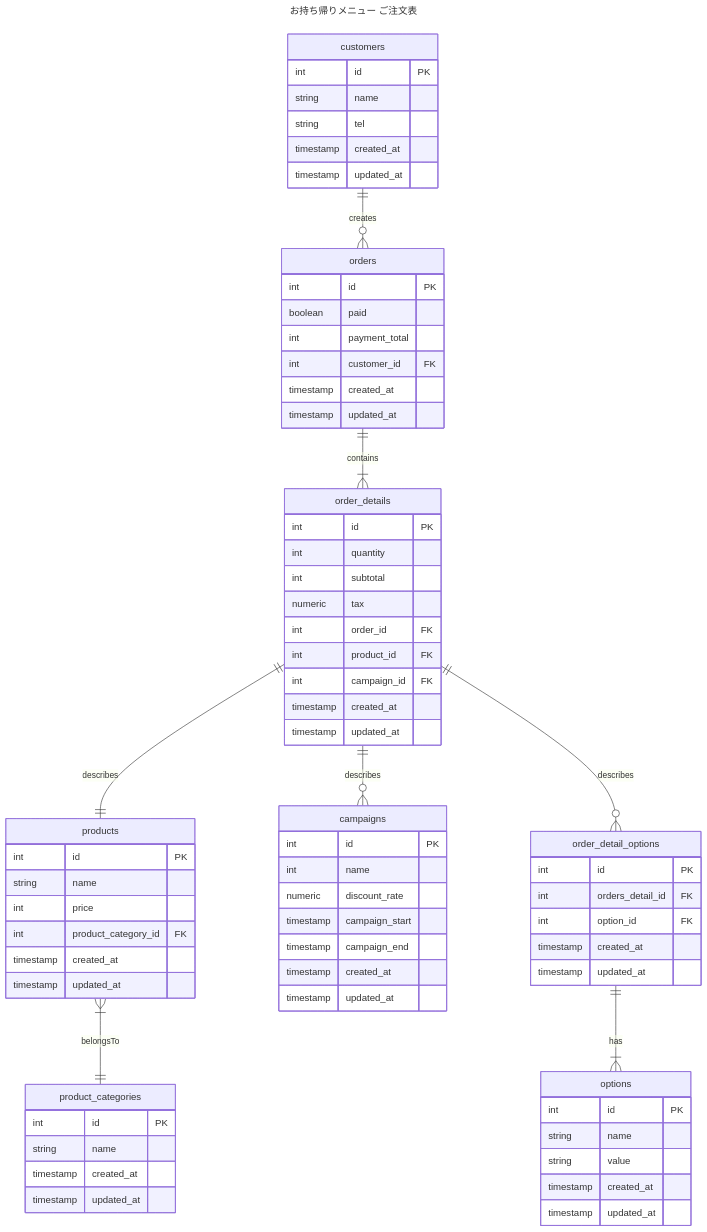
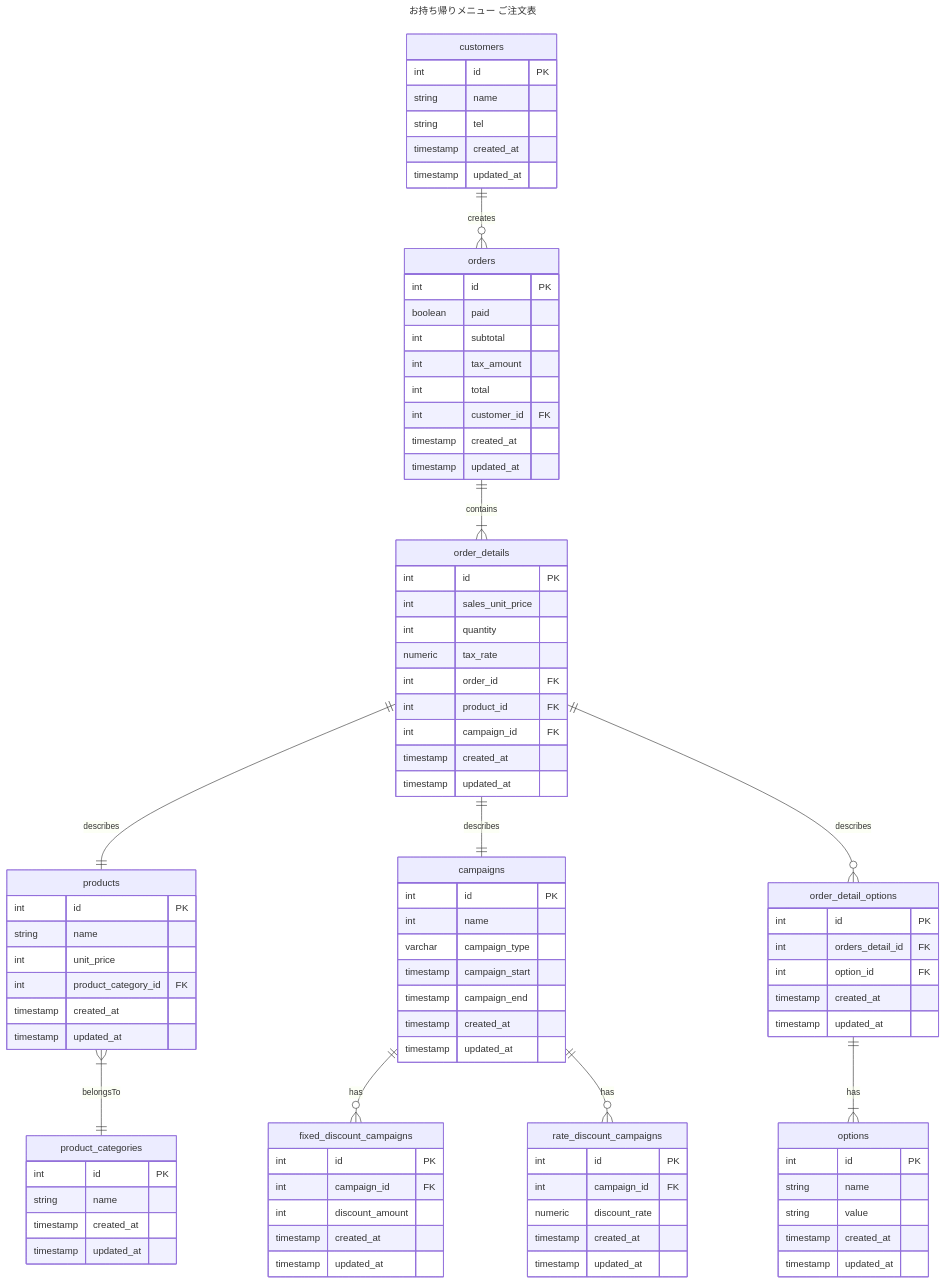
Before and after one commit to ttakuma17/til: the diagram in db/modeling/1/2-3.md, drawn with Mermaid. The commit also changed other lines of this file, not shown here.

Commit message:
2-3.割引率と割引額のキャンペーン区別できるようにする

```diff
--- a/db/modeling/1/2-3.md
+++ b/db/modeling/1/2-3.md
@@ -19,7 +23,7 @@
 title: お持ち帰りメニュー ご注文表
 ---
 erDiagram
-    customers ||--o{ orders : creates
+    customers ||--o{ orders: creates
     customers {
         int id PK
         string name
@@ -27,21 +31,23 @@
         timestamp created_at
         timestamp updated_at
     }
-    orders ||--|{ order_details : contains
-    orders { 
+    orders ||--|{ order_details: contains
+    orders {
         int id PK
         boolean paid
-        int payment_total
+        int subtotal
+        int tax_amount
+        int total
         int customer_id FK
         timestamp created_at
         timestamp updated_at
     }
-    order_details ||--|| products : describes
+    order_details ||--|| products: describes
     order_details {
         int id PK
+        int sales_unit_price
         int quantity
-        int subtotal
-        numeric tax
+        numeric tax_rate
         int order_id FK
         int product_id FK
         int campaign_id FK
@@ -51,22 +57,38 @@
     campaigns {
         int id PK
         int name
-        numeric discount_rate
+        varchar campaign_type
         timestamp campaign_start
         timestamp campaign_end
         timestamp created_at
         timestamp updated_at
     }
-    order_details ||--o{ campaigns : describes
+    campaigns ||--o{ fixed_discount_campaigns: has
+    fixed_discount_campaigns {
+        int id PK
+        int campaign_id FK
+        int discount_amount
+        timestamp created_at
+        timestamp updated_at
+    }
+    campaigns ||--o{ rate_discount_campaigns: has
+    rate_discount_campaigns {
+        int id PK
+        int campaign_id FK
+        numeric discount_rate
+        timestamp created_at
+        timestamp updated_at
+    }
+    order_details ||--|| campaigns: describes
     products {
         int id PK
         string name
-        int price
+        int unit_price
         int product_category_id FK
         timestamp created_at
-        timestamp updated_at 
+        timestamp updated_at
     }
-    products }|--|| product_categories : belongsTo
+    products }|--|| product_categories: belongsTo
     product_categories {
         int id PK
         string name
```
